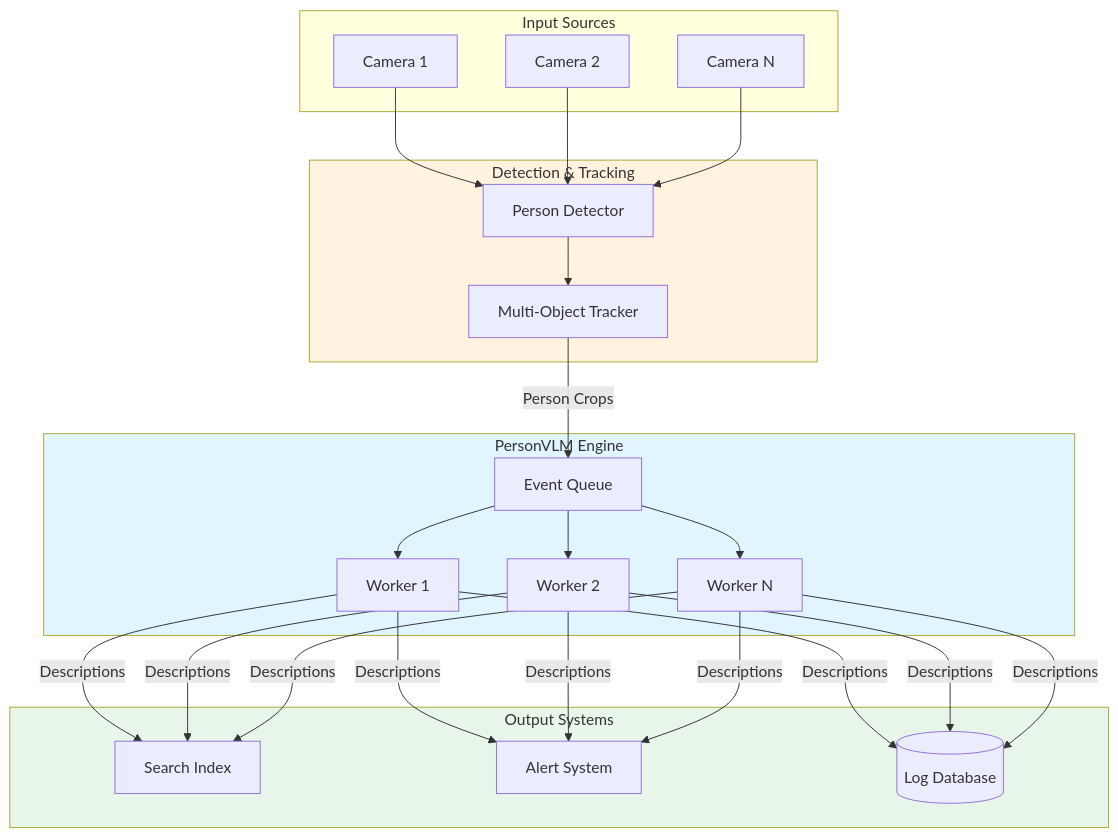
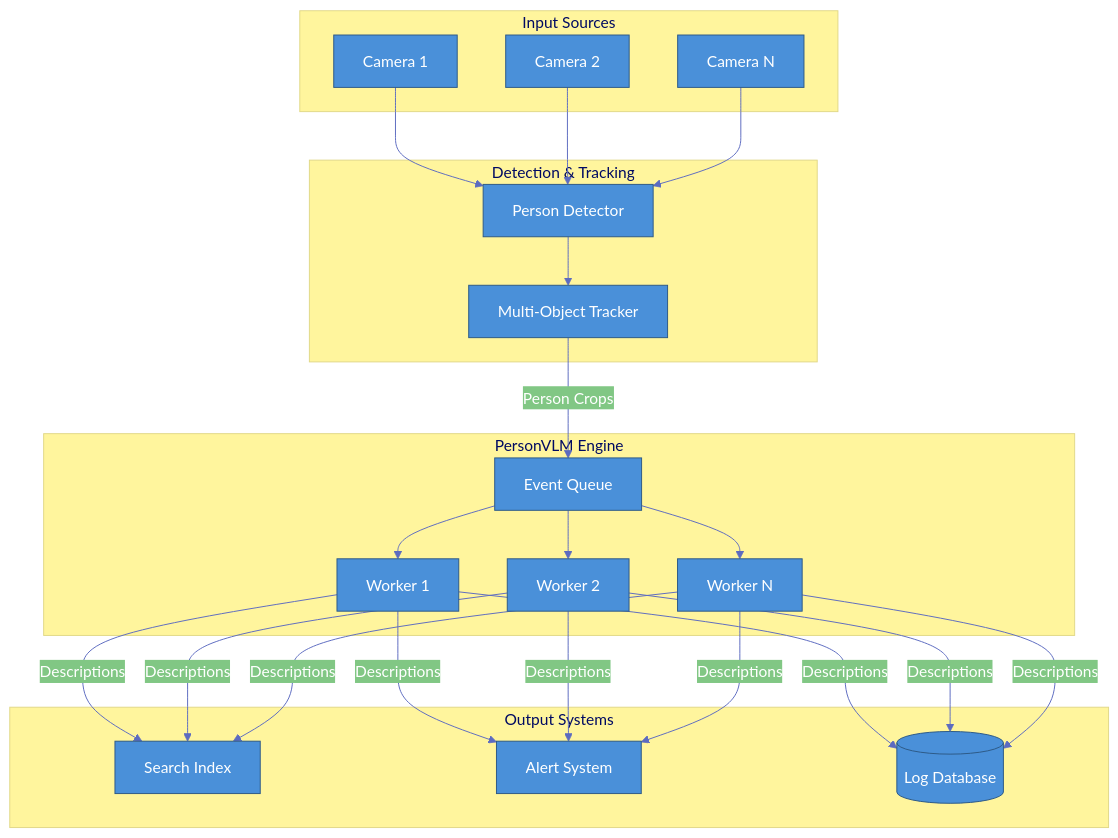
Before and after one commit to rishi02102017/Metafusion-Task: the first of 11 diagrams in README.md, drawn with Mermaid. The commit also changed other lines of this file, not shown here.

Commit message:
Fix Mermaid diagram visibility - remove problematic fill colors and add base theme

````diff
--- a/README.md
+++ b/README.md
@@ -106,36 +106,33 @@
 ```mermaid
+%%{init: {'theme': 'base', 'themeVariables': { 'primaryColor': '#4a90d9', 'primaryTextColor': '#fff', 'primaryBorderColor': '#2d5986', 'lineColor': '#5c6bc0', 'secondaryColor': '#81c784', 'tertiaryColor': '#fff59d'}}}%%
 flowchart TB
     subgraph Input["Input Sources"]
         C1[Camera 1]
         C2[Camera 2]
         CN[Camera N]
     end
 
     subgraph Detection["Detection & Tracking"]
         D1[Person Detector]
         T1[Multi-Object Tracker]
     end
 
     subgraph VLM["PersonVLM Engine"]
         Q[Event Queue]
         W1[Worker 1]
         W2[Worker 2]
         WN[Worker N]
     end
 
     subgraph Output["Output Systems"]
         SI[Search Index]
         AS[Alert System]
         DB[(Log Database)]
     end
 
     C1 & C2 & CN --> D1
     D1 --> T1
     T1 -->|Person Crops| Q
     Q --> W1 & W2 & WN
     W1 & W2 & WN -->|Descriptions| SI & AS & DB
-
-    style VLM fill:#e1f5fe
-    style Detection fill:#fff3e0
-    style Output fill:#e8f5e9
 ```
````
